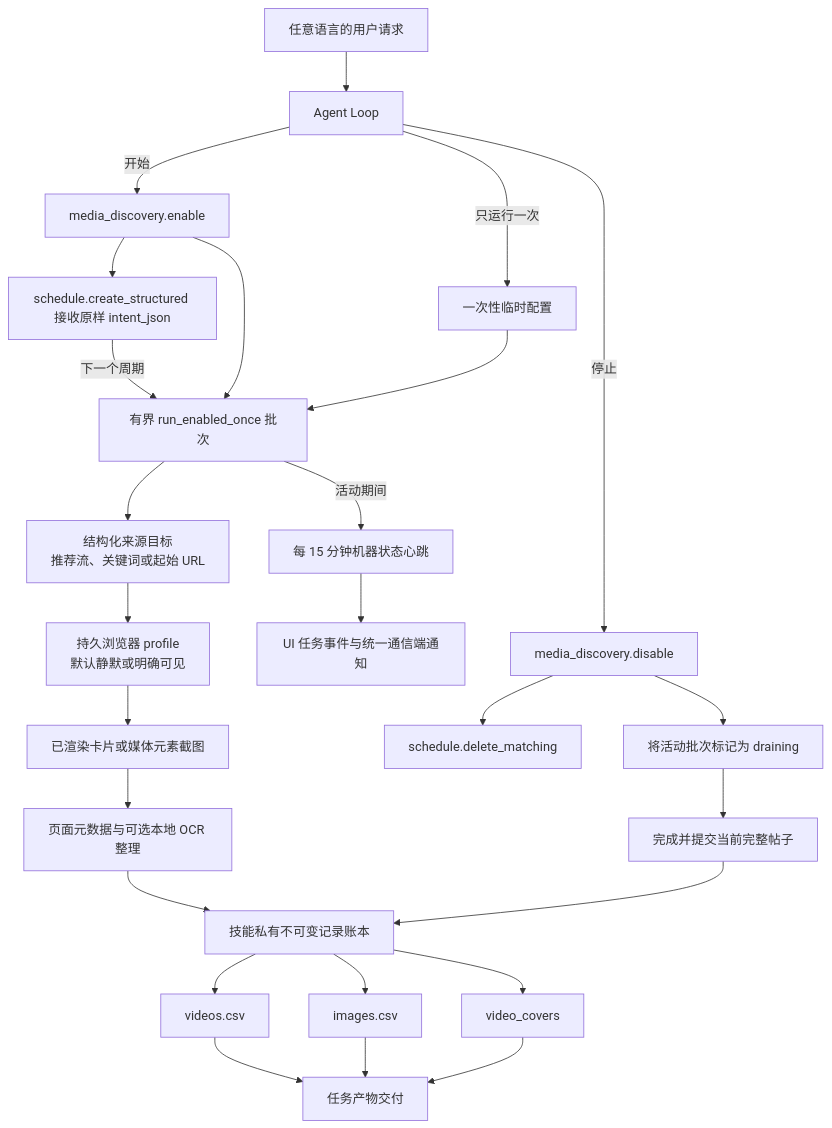
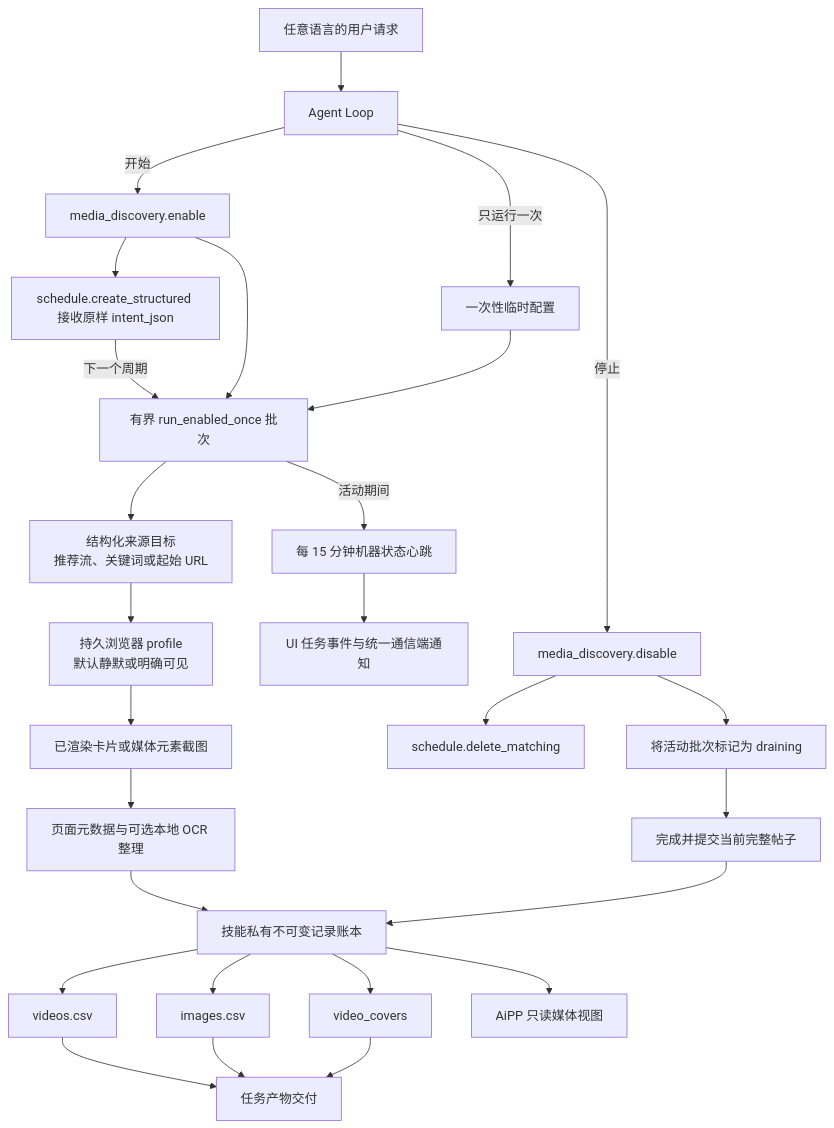
Before and after one commit to MatrixCoreX/RustClaw: the diagram in docs/architecture/12-media-discovery.zh-CN.md, drawn with Mermaid. The commit also changed other lines of this file and 27 other files, not shown here.

````diff
--- a/docs/architecture/12-media-discovery.zh-CN.md
+++ b/docs/architecture/12-media-discovery.zh-CN.md
@@ -41,39 +43,41 @@
 ```mermaid
 flowchart TD
     U[任意语言的用户请求]
     A[Agent Loop]
     E[media_discovery.enable]
     X[media_discovery.disable]
     S[schedule.create_structured 接收原样 intent_json]
     Q[schedule.delete_matching]
     R[有界 run_enabled_once 批次]
     W[一次性临时配置]
     T[结构化来源目标<br/>推荐流、关键词或起始 URL]
     G[将活动批次标记为 draining]
     P[完成并提交当前完整帖子]
     B[持久浏览器 profile<br/>默认静默或明确可见]
     C[已渲染卡片或媒体元素截图]
     O[页面元数据与可选本地 OCR 整理]
     L[技能私有不可变记录账本]
     V[videos.csv]
     I[images.csv]
     F[video_covers]
     D[任务产物交付]
     H[每 15 分钟机器状态心跳]
     N[UI 任务事件与统一通信端通知]
+    AP[AiPP 只读媒体视图]
 
     U --> A
     A -->|开始| E
     E --> S
     E --> R
     A -->|只运行一次| W --> R
     S -->|下一个周期| R
     R --> T --> B --> C --> O --> L
     R -->|活动期间| H --> N
     A -->|停止| X
     X --> Q
     X --> G --> P --> L
     L --> V --> D
     L --> I --> D
     L --> F --> D
+    L --> AP
 ```
````
